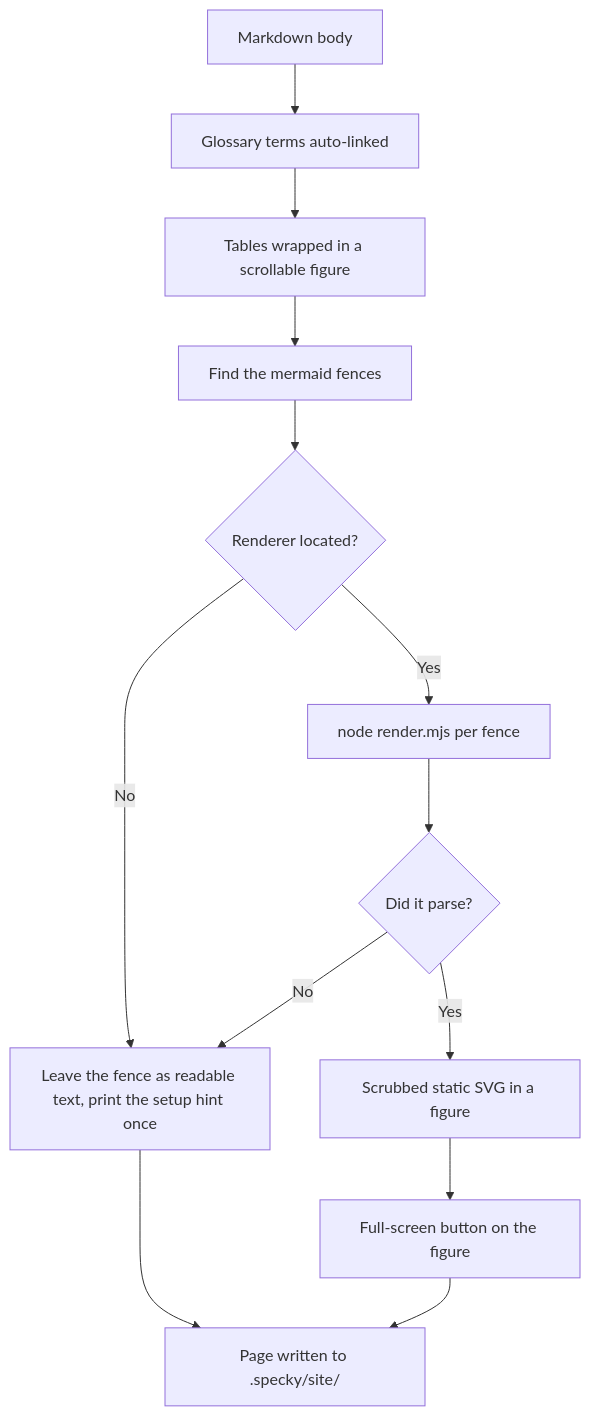
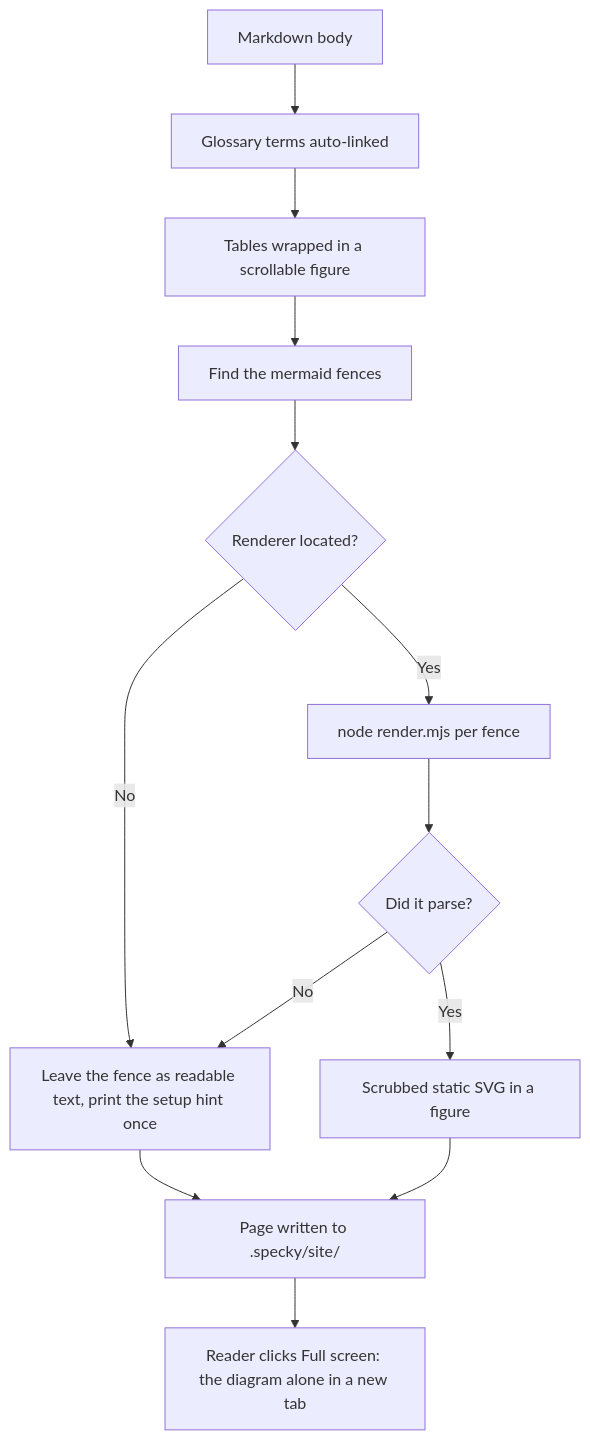
Before and after one commit to danyyacoub/specky: the diagram in specs/rendering/diagram-support.md, drawn with Mermaid. The commit also changed other lines of this file, not shown here.

First line of the commit message:
docs(rendering): repair the stacked diagram-support doc

````diff
--- a/specs/rendering/diagram-support.md
+++ b/specs/rendering/diagram-support.md
@@ -22,15 +22,15 @@
 ```mermaid
 flowchart TD
     A[Markdown body] --> B[Glossary terms auto-linked]
     B --> C[Tables wrapped in a scrollable figure]
     C --> D[Find the mermaid fences]
     D --> E{Renderer located?}
     E -->|No| F[Leave the fence as readable text, print the setup hint once]
     E -->|Yes| G[node render.mjs per fence]
     G --> H{Did it parse?}
     H -->|No| F
     H -->|Yes| I[Scrubbed static SVG in a figure]
     F --> J[Page written to .specky/site/]
-    I --> K[Full-screen button on the figure]
-    K --> J
+    I --> J
+    J --> K[Reader clicks Full screen: the diagram alone in a new tab]
 ```
````
